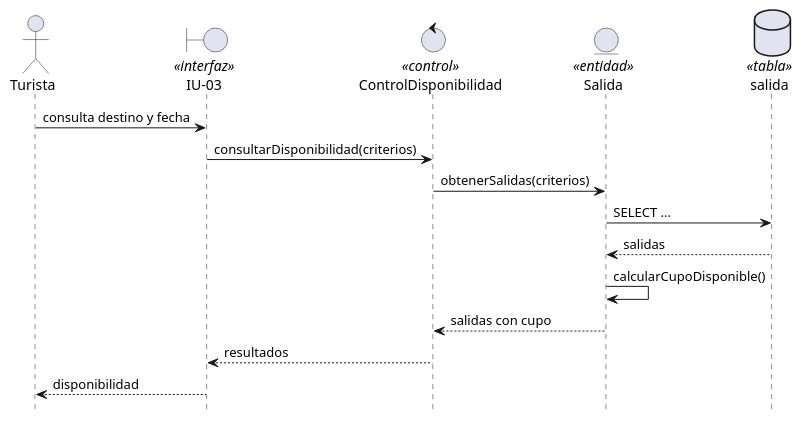
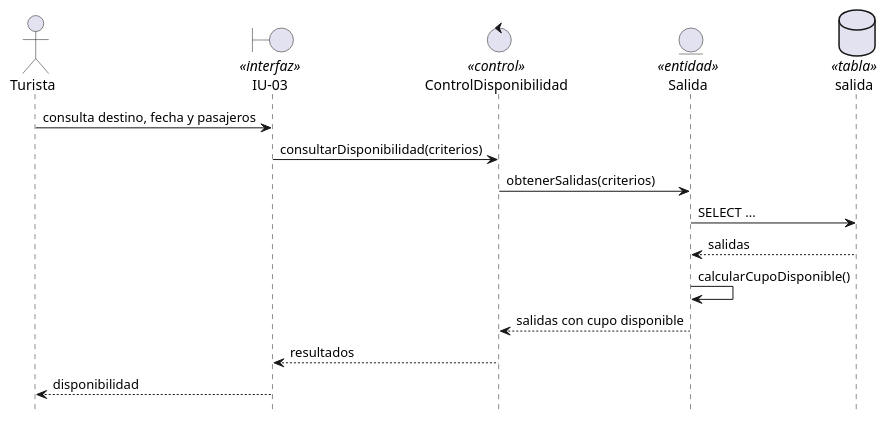
Before and after one commit to fervflow/sis-inf3-proyecto-formativo: the diagram in diagramas/fuentes/uml/secuencia-light/hu-03-consultar-disponibilidad.puml, drawn with PlantUML. The commit also changed 32 other files, not shown here.

Commit message:
refactor: diagramas de secuencia, HU orientado a turistas agregado

```diff
--- a/diagramas/fuentes/uml/secuencia-light/hu-03-consultar-disponibilidad.puml
+++ b/diagramas/fuentes/uml/secuencia-light/hu-03-consultar-disponibilidad.puml
@@ -1,20 +1,20 @@
 @startuml
 ' HU-03 · Consulta de disponibilidad (versión ligera)
 hide footbox
 
 actor "Turista" as TUR
 boundary "IU-03" as UI <<interfaz>>
 control "ControlDisponibilidad" as CTRL <<control>>
 entity "Salida" as E_SALIDA <<entidad>>
 database "salida" as T_SALIDA <<tabla>>
 
-TUR -> UI : consulta destino y fecha
+TUR -> UI : consulta destino, fecha y pasajeros
 UI -> CTRL : consultarDisponibilidad(criterios)
 CTRL -> E_SALIDA : obtenerSalidas(criterios)
 E_SALIDA -> T_SALIDA : SELECT ...
 T_SALIDA --> E_SALIDA : salidas
 E_SALIDA -> E_SALIDA : calcularCupoDisponible()
-E_SALIDA --> CTRL : salidas con cupo
+E_SALIDA --> CTRL : salidas con cupo disponible
 CTRL --> UI : resultados
 UI --> TUR : disponibilidad
 @enduml
```
